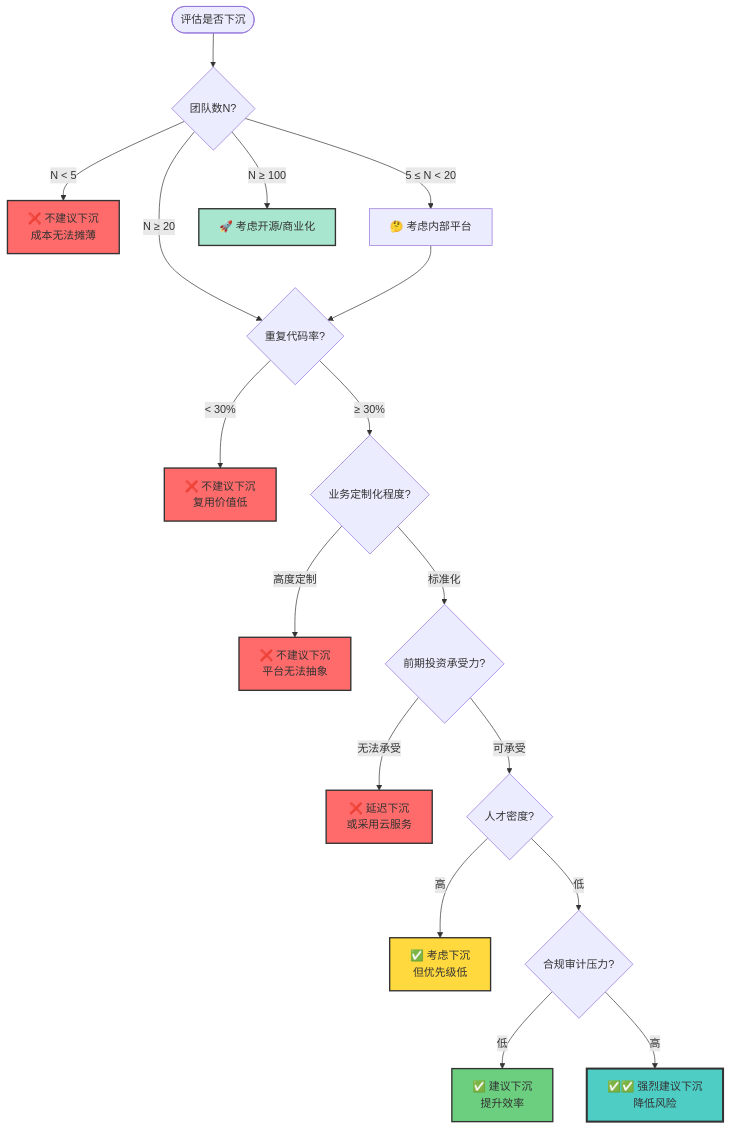
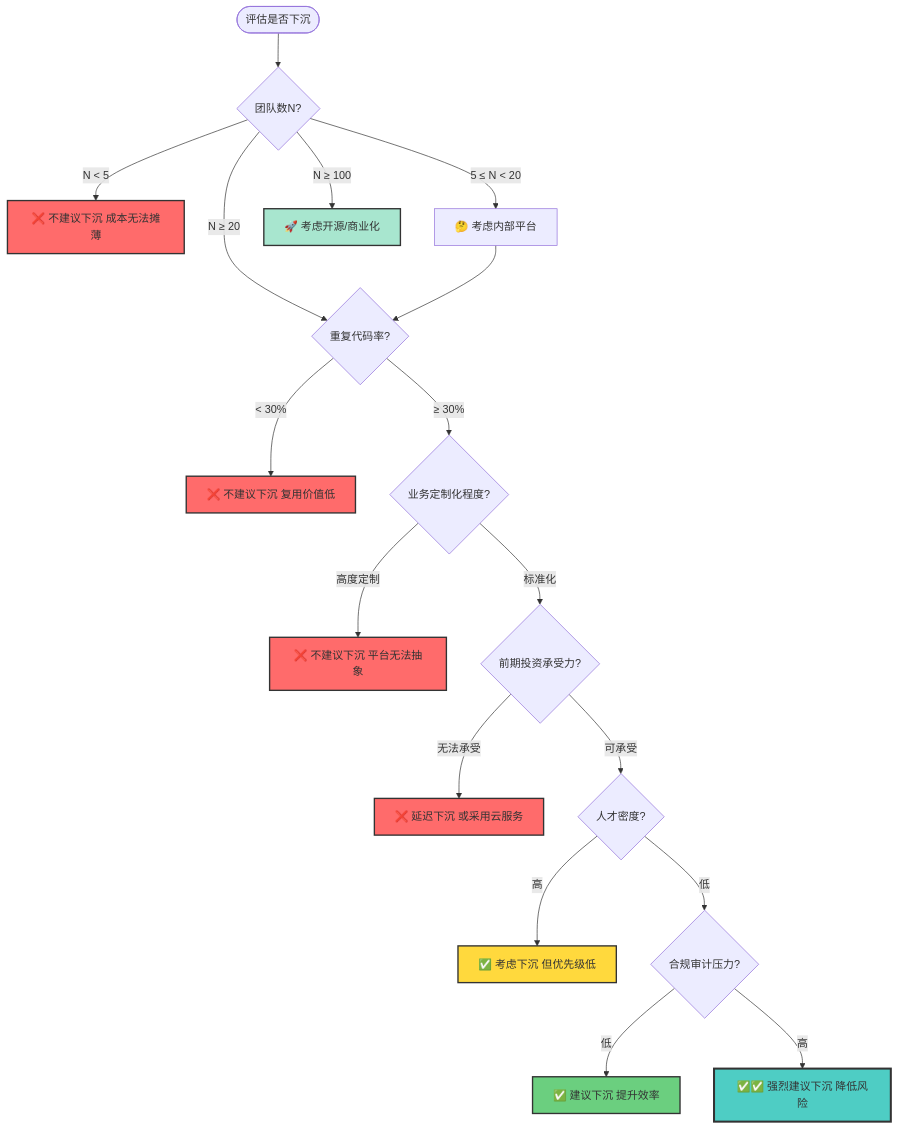
The fourth of 5 diagrams in Concept/Software_Perspective/02_Architecture_Sink/02.1_Sink_Principles_Drivers.md (AdaMartin18010/FormalScience), drawn with Mermaid before and after one commit. The commit also changed other lines of this file and 9 other files, not shown here.

````diff
--- a/Concept/Software_Perspective/02_Architecture_Sink/02.1_Sink_Principles_Drivers.md
+++ b/Concept/Software_Perspective/02_Architecture_Sink/02.1_Sink_Principles_Drivers.md
@@ -271,37 +271,37 @@
 ```mermaid
 graph TD
     Start([评估是否下沉])
     
     Start --> Q1{团队数N?}
-    Q1 -->|N < 5| NoSink1[❌ 不建议下沉<br/>成本无法摊薄]
+    Q1 -->|N < 5| NoSink1[❌ 不建议下沉 成本无法摊薄]
     Q1 -->|5 ≤ N < 20| Maybe[🤔 考虑内部平台]
     Q1 -->|N ≥ 20| Q2{重复代码率?}
     
     Maybe --> Q2
     
-    Q2 -->|< 30%| NoSink2[❌ 不建议下沉<br/>复用价值低]
+    Q2 -->|< 30%| NoSink2[❌ 不建议下沉 复用价值低]
     Q2 -->|≥ 30%| Q3{业务定制化程度?}
     
-    Q3 -->|高度定制| NoSink3[❌ 不建议下沉<br/>平台无法抽象]
+    Q3 -->|高度定制| NoSink3[❌ 不建议下沉 平台无法抽象]
     Q3 -->|标准化| Q4{前期投资承受力?}
     
-    Q4 -->|无法承受| NoSink4[❌ 延迟下沉<br/>或采用云服务]
+    Q4 -->|无法承受| NoSink4[❌ 延迟下沉 或采用云服务]
     Q4 -->|可承受| Q5{人才密度?}
     
-    Q5 -->|高| Consider1[✅ 考虑下沉<br/>但优先级低]
+    Q5 -->|高| Consider1[✅ 考虑下沉 但优先级低]
     Q5 -->|低| Q6{合规审计压力?}
     
-    Q6 -->|低| Consider2[✅ 建议下沉<br/>提升效率]
-    Q6 -->|高| MustSink[✅✅ 强烈建议下沉<br/>降低风险]
+    Q6 -->|低| Consider2[✅ 建议下沉 提升效率]
+    Q6 -->|高| MustSink[✅✅ 强烈建议下沉 降低风险]
     
     Q1 -->|N ≥ 100| OpenSource[🚀 考虑开源/商业化]
     
     style NoSink1 fill:#ff6b6b,stroke:#333,stroke-width:2px
     style NoSink2 fill:#ff6b6b,stroke:#333,stroke-width:2px
     style NoSink3 fill:#ff6b6b,stroke:#333,stroke-width:2px
     style NoSink4 fill:#ff6b6b,stroke:#333,stroke-width:2px
     style Consider1 fill:#ffd93d,stroke:#333,stroke-width:2px
     style Consider2 fill:#6bcf7f,stroke:#333,stroke-width:2px
     style MustSink fill:#4ecdc4,stroke:#333,stroke-width:3px
     style OpenSource fill:#a8e6cf,stroke:#333,stroke-width:2px
 ```
````
